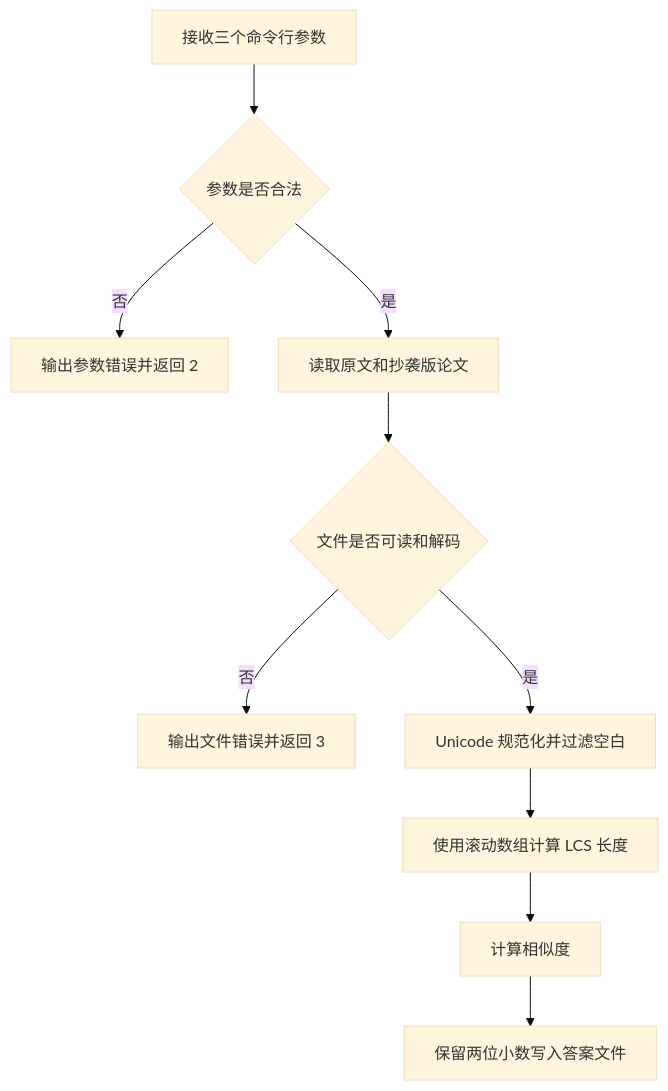
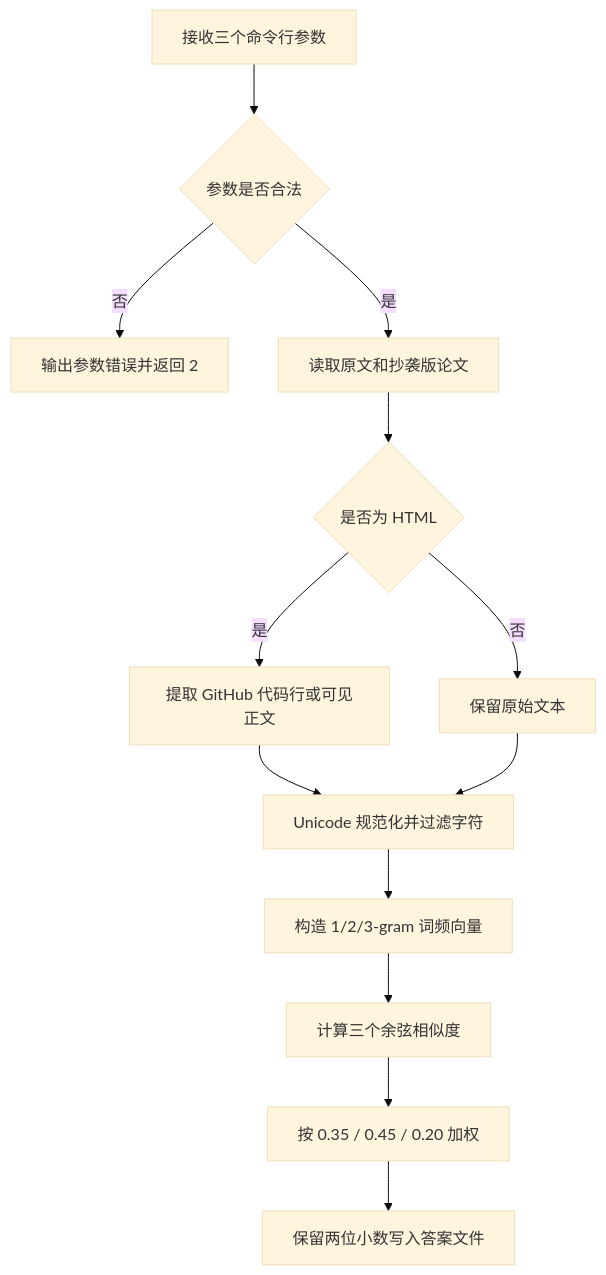
Before and after one commit to yyxyxx/youyong: the diagram in 3124004447/docs/DESIGN.md, drawn with Mermaid (base theme). The commit also changed other lines of this file and 7 other files, not shown here.

````diff
--- a/3124004447/docs/DESIGN.md
+++ b/3124004447/docs/DESIGN.md
@@ -23,12 +27,15 @@
 ```mermaid
 flowchart TD
     A[接收三个命令行参数] --> B{参数是否合法}
     B -- 否 --> C[输出参数错误并返回 2]
     B -- 是 --> D[读取原文和抄袭版论文]
-    D --> E{文件是否可读和解码}
-    E -- 否 --> F[输出文件错误并返回 3]
-    E -- 是 --> G[Unicode 规范化并过滤空白]
-    G --> H[使用滚动数组计算 LCS 长度]
-    H --> I[计算相似度]
-    I --> J[保留两位小数写入答案文件]
+    D --> E{是否为 HTML}
+    E -- 是 --> F[提取 GitHub 代码行或可见正文]
+    E -- 否 --> G[保留原始文本]
+    F --> H[Unicode 规范化并过滤字符]
+    G --> H
+    H --> I[构造 1/2/3-gram 词频向量]
+    I --> J[计算三个余弦相似度]
+    J --> K[按 0.35 / 0.45 / 0.20 加权]
+    K --> L[保留两位小数写入答案文件]
 ```
````
